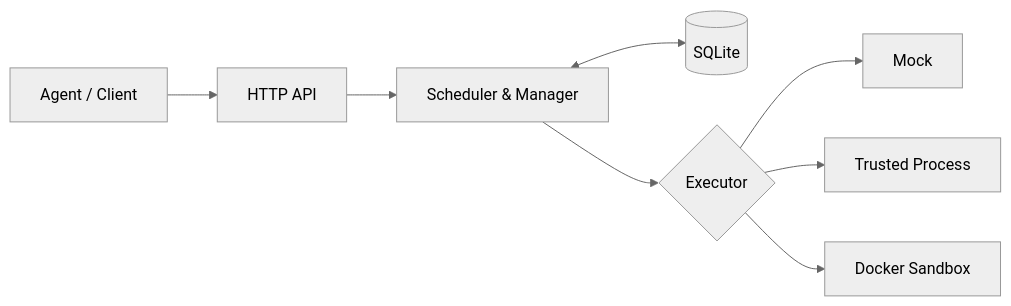
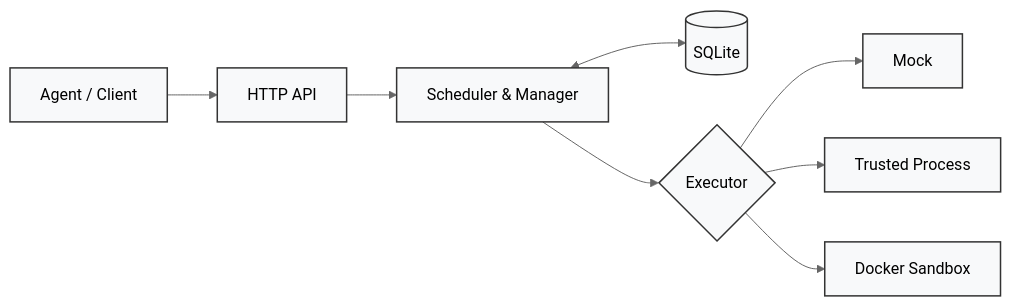
Before and after one commit to haonox/toolane: the diagram in README.md, drawn with Mermaid (neutral theme). The commit also changed 1 other file, not shown here.

````diff
--- a/README.md
+++ b/README.md
@@ -15,10 +15,12 @@
 ```mermaid
 flowchart LR
-    Client[Agent / Client] --> API[HTTP API]
-    API --> Manager[Scheduler & Manager]
-    Manager <--> Store[(SQLite)]
-    Manager --> Executor{Executor}
-    Executor --> Mock[Mock]
-    Executor --> Process[Trusted Process]
-    Executor --> Docker[Docker Sandbox]
+    Client[Agent / Client]:::box --> API[HTTP API]:::box
+    API --> Manager[Scheduler & Manager]:::box
+    Manager <--> Store[(SQLite)]:::box
+    Manager --> Executor{Executor}:::box
+    Executor --> Mock[Mock]:::box
+    Executor --> Process[Trusted Process]:::box
+    Executor --> Docker[Docker Sandbox]:::box
+
+    classDef box fill:#f8f9fa,stroke:#333,stroke-width:1.5px,rounded:false
 ```
````
